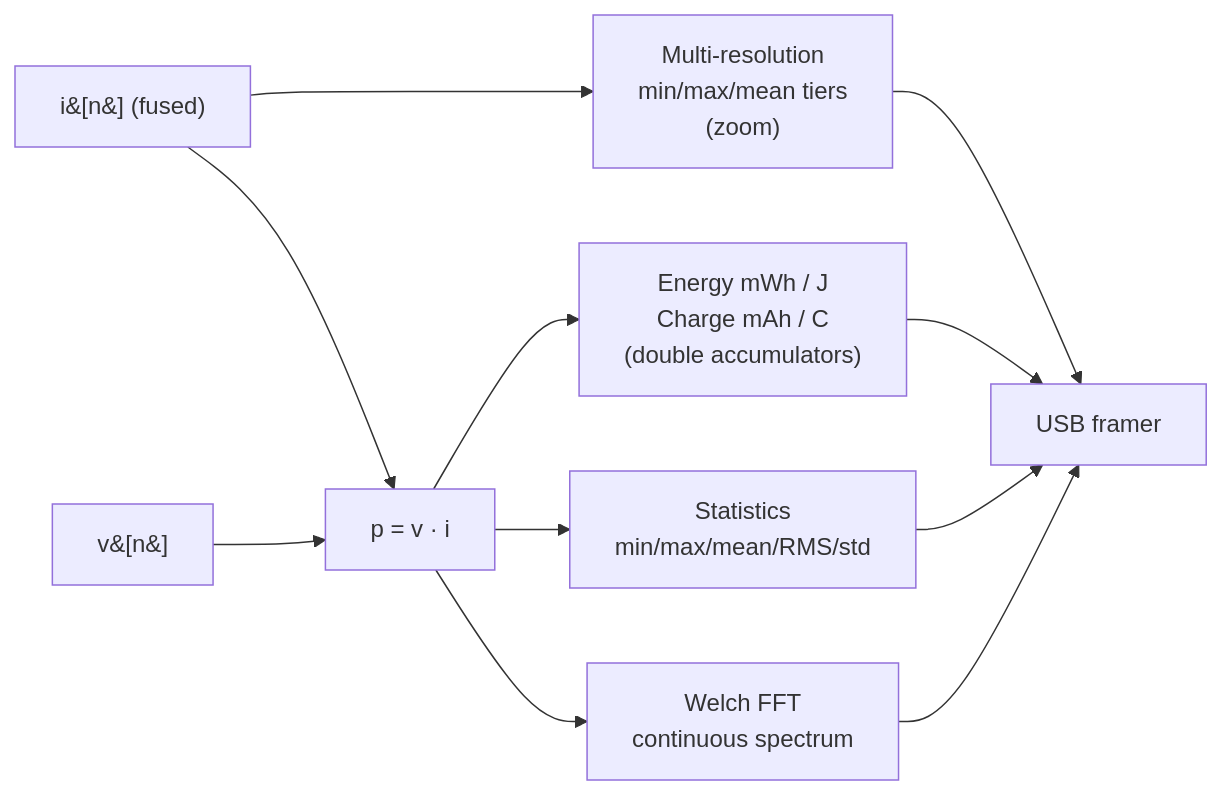
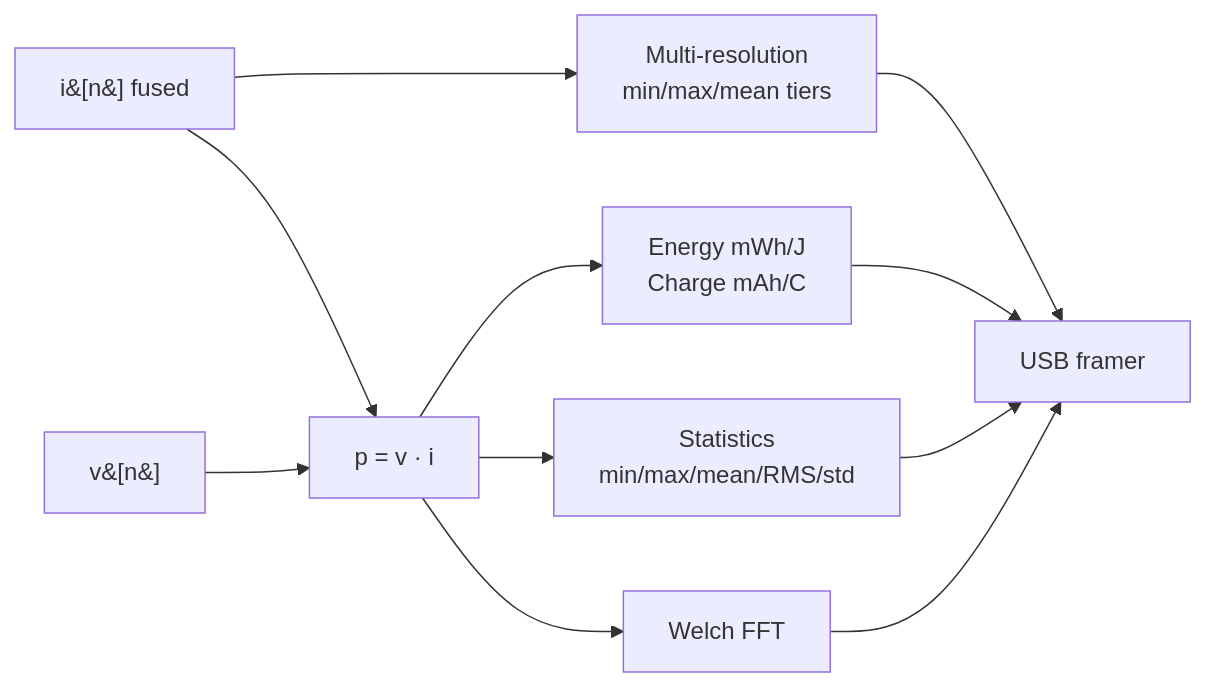
The third of 4 diagrams in Firmware/DAQ_HAT/README.md (lollokara/BugBuster), drawn with Mermaid before and after one commit. The commit also changed other lines of this file and 61 other files, not shown here.

````diff
--- a/Firmware/DAQ_HAT/README.md
+++ b/Firmware/DAQ_HAT/README.md
@@ -92,13 +86,13 @@
 ```mermaid
 flowchart LR
-    I["i&#91;n&#93; (fused)"] --> MR["Multi-resolution<br/>min/max/mean tiers<br/>(zoom)"]
+    I["i&#91;n&#93; fused"] --> MR["Multi-resolution<br/>min/max/mean tiers"]
     V["v&#91;n&#93;"] --> PWR["p = v · i"]
     I --> PWR
-    PWR --> ENE["Energy mWh / J<br/>Charge mAh / C<br/>(double accumulators)"]
+    PWR --> ENE["Energy mWh/J<br/>Charge mAh/C"]
     PWR --> STAT["Statistics<br/>min/max/mean/RMS/std"]
-    PWR --> FFT["Welch FFT<br/>continuous spectrum"]
-    MR --> OUT
+    PWR --> FFT["Welch FFT"]
+    MR --> OUT["USB framer"]
     ENE --> OUT
     STAT --> OUT
-    FFT --> OUT["USB framer"]
+    FFT --> OUT
 ```
````
